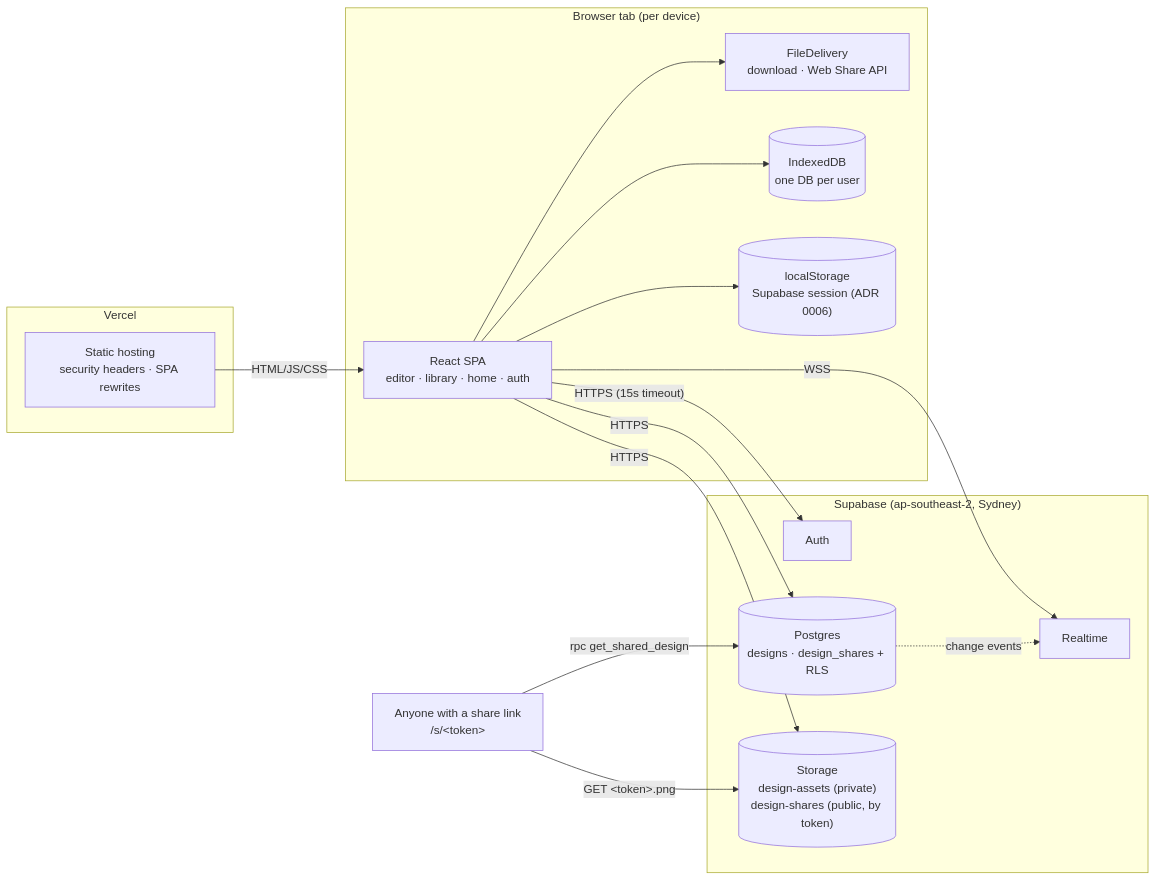
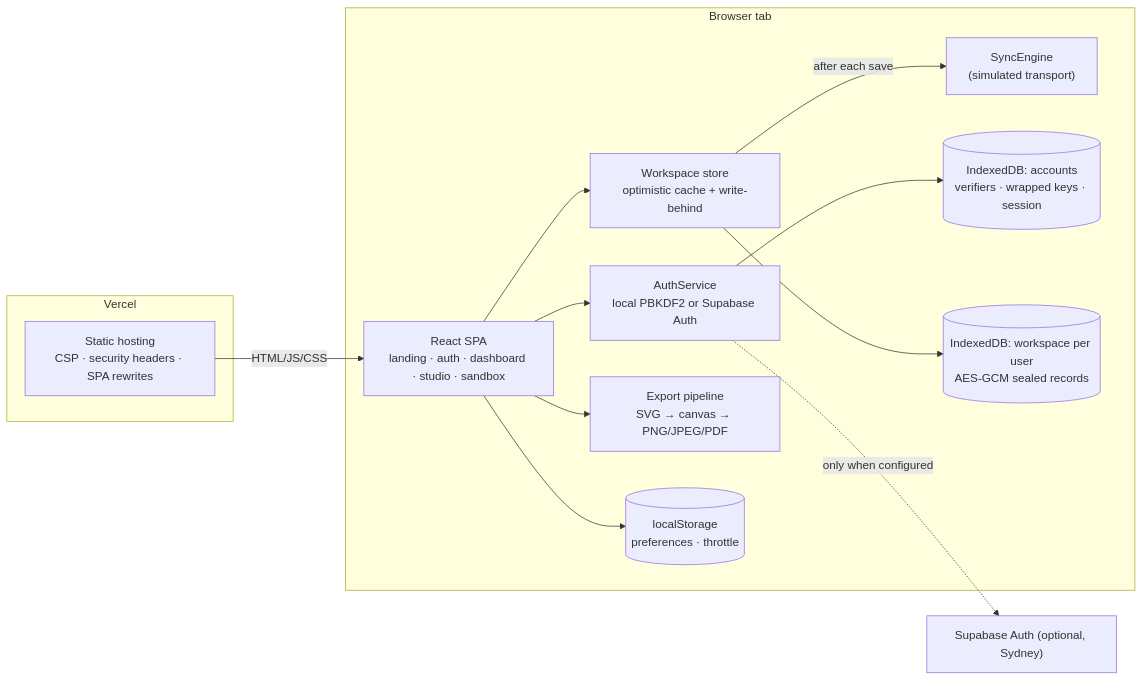
Before and after one commit to Jermayy/Canva-Studio: the first of 2 diagrams in docs/architecture.md, drawn with Mermaid. The commit also changed other lines of this file and 6 other files, not shown here.

First line of the commit message:
docs: document v2 architecture, decisions and go-live steps

````diff
--- a/docs/architecture.md
+++ b/docs/architecture.md
@@ -5,30 +7,24 @@
 ```mermaid
 flowchart LR
-  subgraph Browser["Browser tab (per device)"]
-    UI["React SPA<br/>editor · library · home · auth"]
-    FD["FileDelivery<br/>download · Web Share API"]
-    IDB[("IndexedDB<br/>one DB per user")]
-    LS[("localStorage<br/>Supabase session (ADR 0006)")]
-    UI --> FD
-    UI --> IDB
+  subgraph Browser["Browser tab"]
+    UI["React SPA<br/>landing · auth · dashboard · studio · sandbox"]
+    AUTH["AuthService<br/>local PBKDF2 or Supabase Auth"]
+    WS["Workspace store<br/>optimistic cache + write-behind"]
+    SYNC["SyncEngine<br/>(simulated transport)"]
+    EXP["Export pipeline<br/>SVG → canvas → PNG/JPEG/PDF"]
+    ACC[("IndexedDB: accounts<br/>verifiers · wrapped keys · session")]
+    W[("IndexedDB: workspace per user<br/>AES-GCM sealed records")]
+    LS[("localStorage<br/>preferences · throttle")]
+    UI --> AUTH --> ACC
+    UI --> WS --> W
+    WS -- "after each save" --> SYNC
+    UI --> EXP
     UI --> LS
   end
   subgraph Vercel
-    CDN["Static hosting<br/>security headers · SPA rewrites"]
+    CDN["Static hosting<br/>CSP · security headers · SPA rewrites"]
   end
-  subgraph Supabase["Supabase (ap-southeast-2, Sydney)"]
-    AUTH["Auth"]
-    PG[("Postgres<br/>designs · design_shares + RLS")]
-    RT["Realtime"]
-    ST[("Storage<br/>design-assets (private)<br/>design-shares (public, by token)")]
-  end
-  V["Anyone with a share link<br/>/s/&lt;token&gt;"]
-  V -- "rpc get_shared_design" --> PG
-  V -- "GET &lt;token&gt;.png" --> ST
+  SB["Supabase Auth (optional, Sydney)"]
   CDN -- "HTML/JS/CSS" --> UI
-  UI -- "HTTPS (15s timeout)" --> AUTH
-  UI -- "HTTPS" --> PG
-  UI -- "WSS" --> RT
-  UI -- "HTTPS" --> ST
-  PG -. "change events" .-> RT
+  AUTH -. "only when configured" .-> SB
 ```
````
